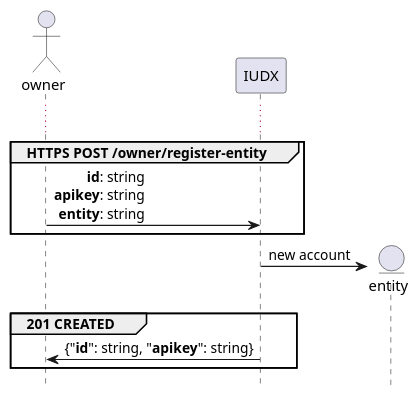
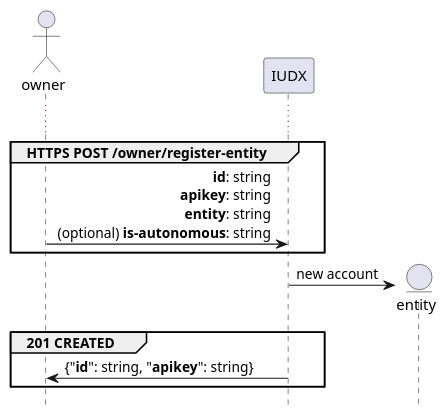
One commit to rbccps-iisc/corinthian changed the diagram in DOCS/api/register-entity.plantuml. Above: the diagram before and after it, drawn with PlantUML. The commit also changed 6 other files, not shown here.

```diff
--- a/DOCS/api/register-entity.plantuml
+++ b/DOCS/api/register-entity.plantuml
@@ -1,18 +1,18 @@
 actor owner
 hide footbox
 ...
 
 group HTTPS POST /owner/register-entity
 
-owner -> IUDX: **id**: string\r**apikey**: string\r**entity**: string
+owner -> IUDX: **id**: string\r**apikey**: string\r**entity**: string\r (optional) **is-autonomous**: string
 
 end
 
 create entity entity
 IUDX -> entity : new account
 
 group 201 CREATED
 IUDX -> owner: {"**id**": string, "**apikey**": string}
 end
 
 @enduml
```
